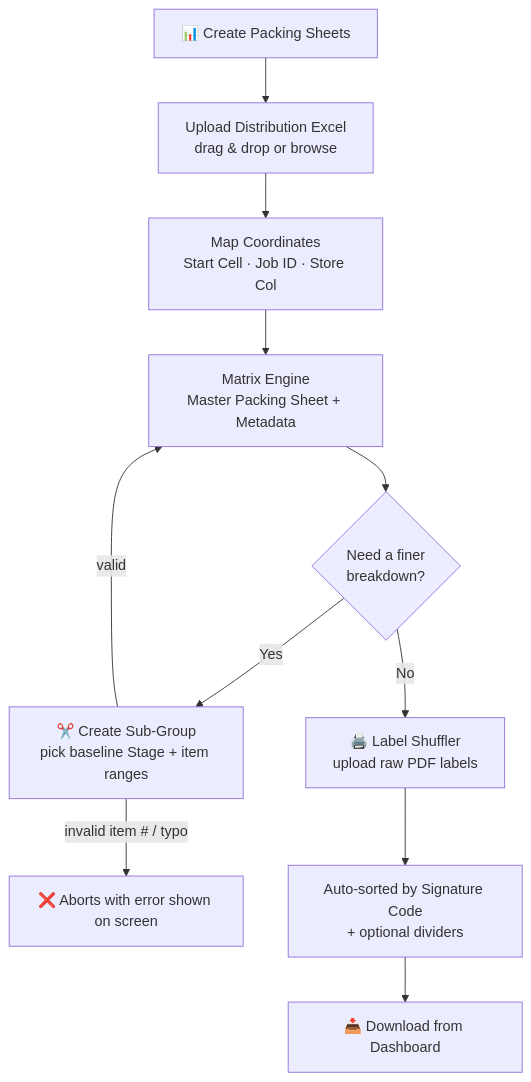
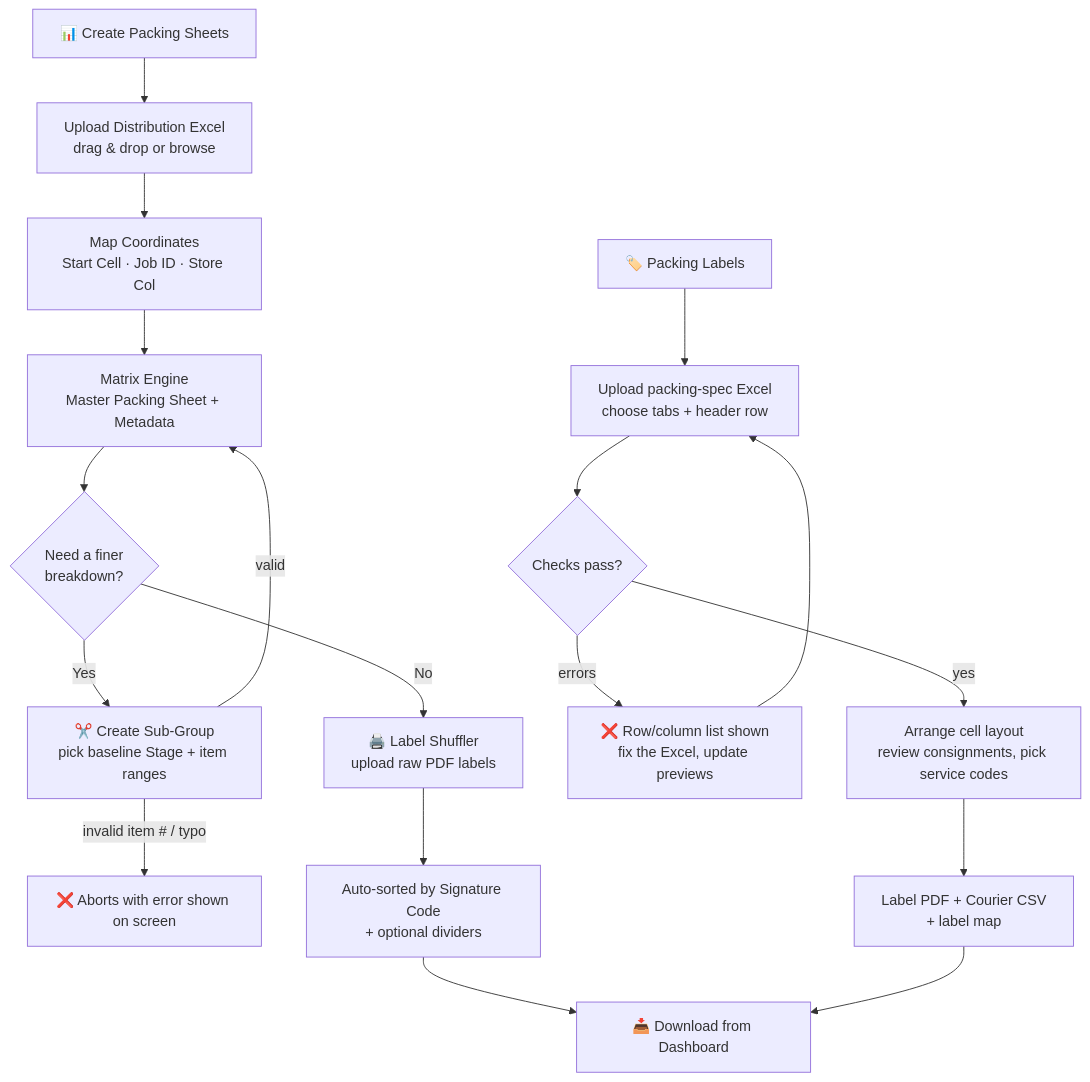
The diagram in README.md (nesubat/Warehouse_app), drawn with Mermaid before and after one commit. The commit also changed other lines of this file and 8 other files, not shown here.

Commit message:
Courier consignments: per-address service codes, address editing, merged code guide

````diff
--- a/README.md
+++ b/README.md
@@ -44,13 +58,21 @@
 ```mermaid
 flowchart TD
     A[📊 Create Packing Sheets] --> B[Upload Distribution Excel<br/>drag & drop or browse]
     B --> C[Map Coordinates<br/>Start Cell · Job ID · Store Col]
     C --> D[Matrix Engine<br/>Master Packing Sheet + Metadata]
     D --> E{Need a finer<br/>breakdown?}
     E -- Yes --> F[✂️ Create Sub-Group<br/>pick baseline Stage + item ranges]
     F -- invalid item # / typo --> F2[❌ Aborts with error shown on screen]
     F -- valid --> D
     E -- No --> G[🖨️ Label Shuffler<br/>upload raw PDF labels]
     G --> H[Auto-sorted by Signature Code<br/>+ optional dividers]
     H --> I[📥 Download from Dashboard]
+
+    P[🏷️ Packing Labels] --> Q[Upload packing-spec Excel<br/>choose tabs + header row]
+    Q --> R{Checks pass?}
+    R -- errors --> R2[❌ Row/column list shown<br/>fix the Excel, update previews]
+    R2 --> Q
+    R -- yes --> S[Arrange cell layout<br/>review consignments, pick service codes]
+    S --> T[Label PDF + Courier CSV<br/>+ label map]
+    T --> I
 ```
````
